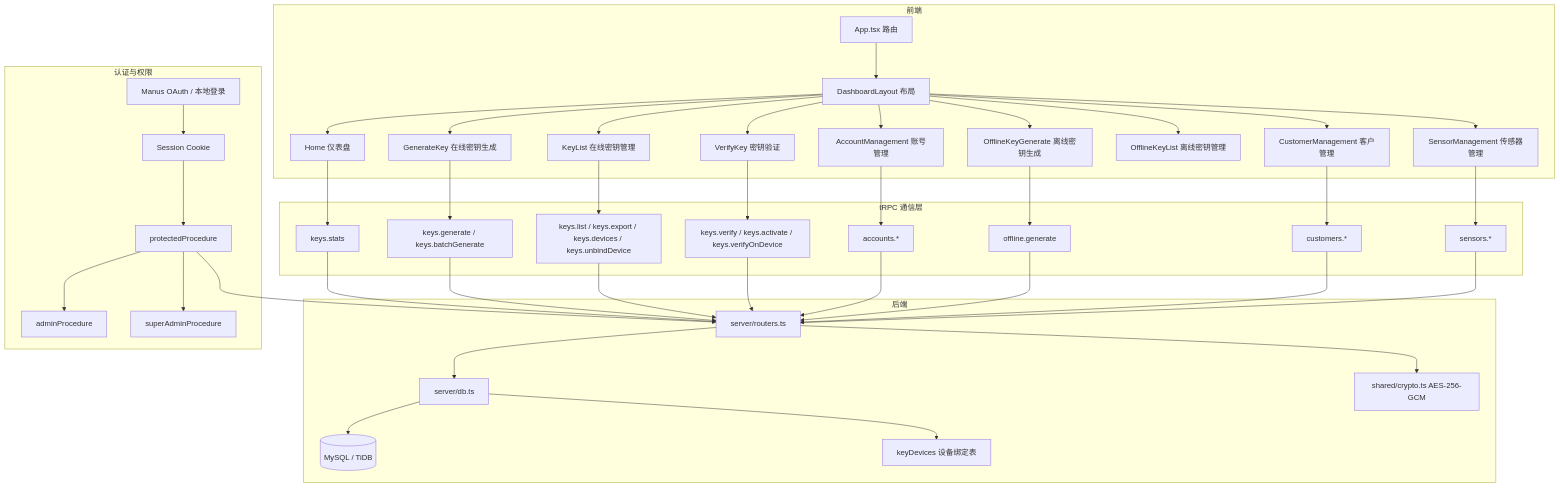
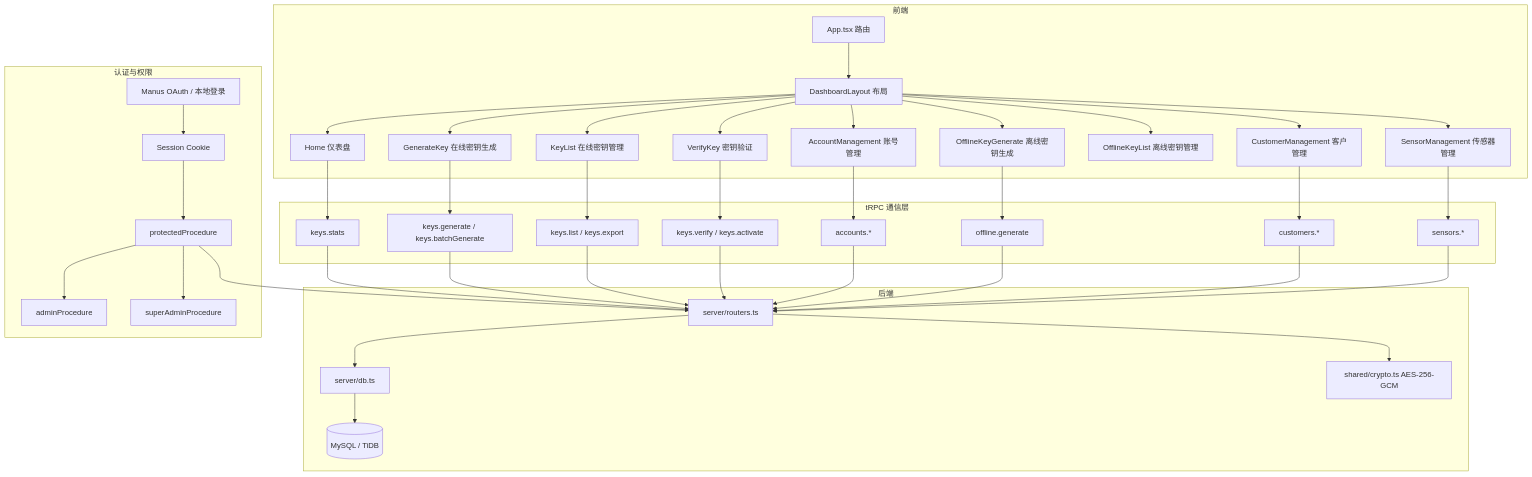
One commit to liudada118/key changed the diagram in ARCHITECTURE.md. Above: the diagram before and after it, drawn with Mermaid. The commit also changed other lines of this file and 10 other files, not shown here.

````diff
--- a/ARCHITECTURE.md
+++ b/ARCHITECTURE.md
@@ -96,49 +95,48 @@
 ```mermaid
 graph TD
     subgraph 前端
         A[App.tsx 路由] --> B[DashboardLayout 布局]
         B --> C[Home 仪表盘]
         B --> D[GenerateKey 在线密钥生成]
         B --> E[KeyList 在线密钥管理]
         B --> F[VerifyKey 密钥验证]
         B --> G[AccountManagement 账号管理]
         B --> H1[OfflineKeyGenerate 离线密钥生成]
         B --> H2[OfflineKeyList 离线密钥管理]
         B --> I1[CustomerManagement 客户管理]
         B --> I2[SensorManagement 传感器管理]
     end
 
     subgraph tRPC 通信层
         C --> J1[keys.stats]
         D --> J2[keys.generate / keys.batchGenerate]
-        E --> J3[keys.list / keys.export / keys.devices / keys.unbindDevice]
-        F --> J4[keys.verify / keys.activate / keys.verifyOnDevice]
+        E --> J3[keys.list / keys.export]
+        F --> J4[keys.verify / keys.activate]
         G --> J5[accounts.*]
         H1 --> J6[offline.generate]
         I1 --> J7[customers.*]
         I2 --> J8[sensors.*]
     end
 
     subgraph 后端
         J1 --> M[server/routers.ts]
         J2 --> M
         J3 --> M
         J4 --> M
         J5 --> M
         J6 --> M
         J7 --> M
         J8 --> M
         M --> N[server/db.ts]
         M --> O[shared/crypto.ts AES-256-GCM]
         N --> P[(MySQL / TiDB)]
-        N --> Q[keyDevices 设备绑定表]
     end
 
     subgraph 认证与权限
         R[Manus OAuth / 本地登录] --> S[Session Cookie]
         S --> T[protectedProcedure]
         T --> U[adminProcedure]
         T --> V[superAdminProcedure]
         T --> M
     end
 ```
````
